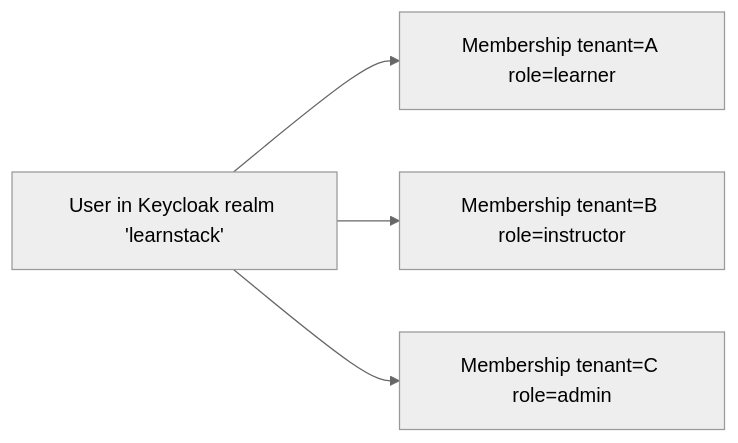
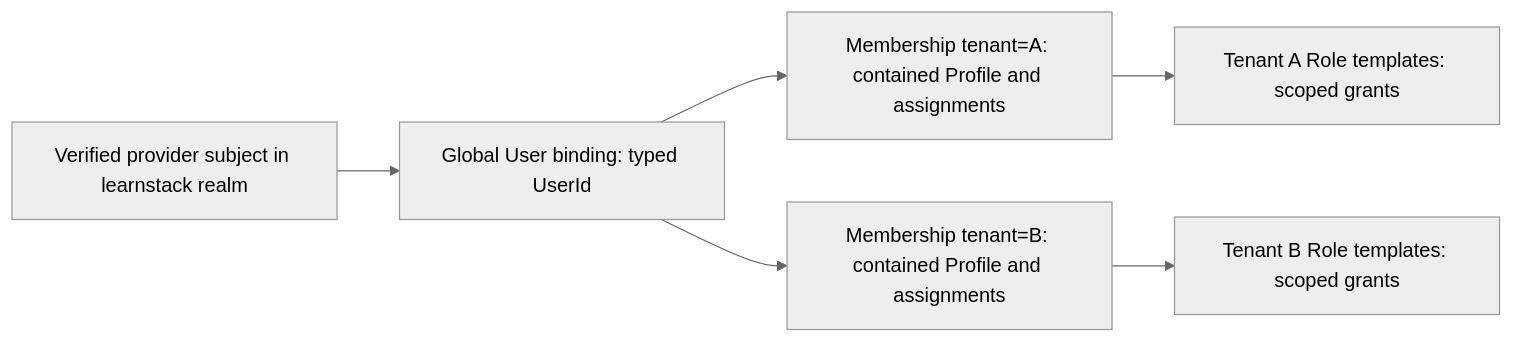
One commit to HodeTech/LearnStack changed the first of 3 diagrams in docs/architecture/13-identity-and-auth.md. Above: the diagram before and after it, drawn with Mermaid (neutral theme). The commit also changed other lines of this file and 368 other files, not shown here.

````diff
--- a/docs/architecture/13-identity-and-auth.md
+++ b/docs/architecture/13-identity-and-auth.md
@@ -116,6 +118,8 @@
 ```mermaid
 flowchart LR
-    U[User in Keycloak realm 'learnstack'] --> MA[Membership tenant=A role=learner]
-    U --> MB[Membership tenant=B role=instructor]
-    U --> MC[Membership tenant=C role=admin]
+    P[Verified provider subject in learnstack realm] --> U[Global User binding: typed UserId]
+    U --> MA[Membership tenant=A: contained Profile and assignments]
+    U --> MB[Membership tenant=B: contained Profile and assignments]
+    MA --> RA[Tenant A Role templates: scoped grants]
+    MB --> RB[Tenant B Role templates: scoped grants]
 ```
````
